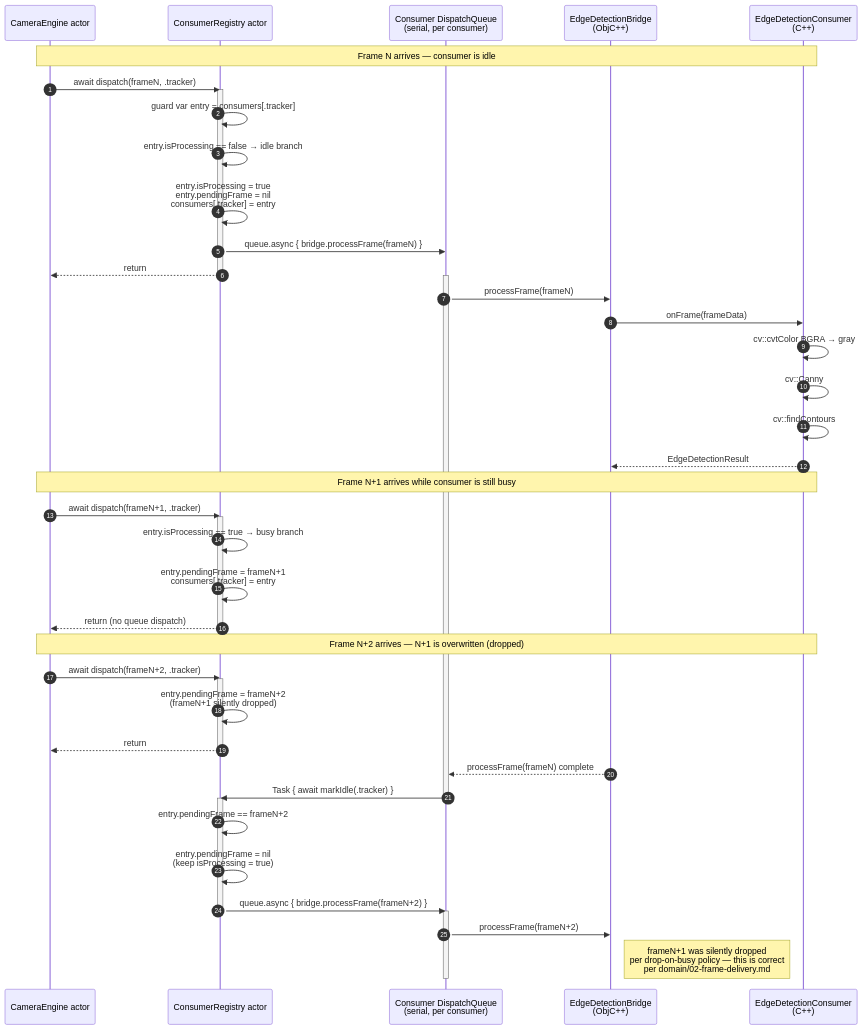
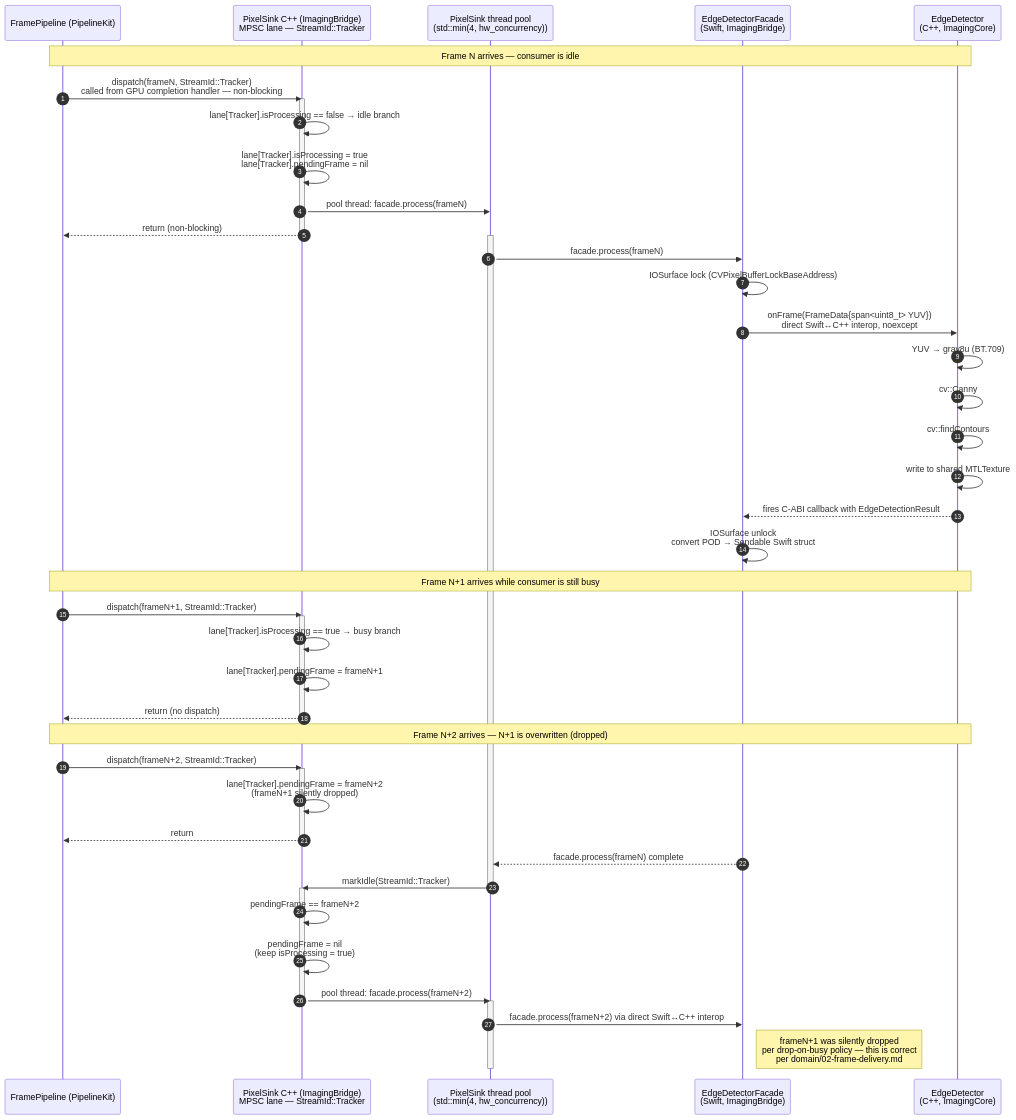
One commit to Shreeyak/camera2-ios-translation changed the seventh of 10 diagrams in design/09-architecture-diagrams.md. Above: the diagram before and after it, drawn with Mermaid. The commit also changed other lines of this file and 42 other files, not shown here.

````diff
--- a/design/09-architecture-diagrams.md
+++ b/design/09-architecture-diagrams.md
@@ -522,58 +520,60 @@
 ```mermaid
 sequenceDiagram
     autonumber
-    participant CE as CameraEngine actor
-    participant CR as ConsumerRegistry actor
-    participant CQ as Consumer DispatchQueue<br/>(serial, per consumer)
-    participant BR as EdgeDetectionBridge<br/>(ObjC++)
-    participant CPP as EdgeDetectionConsumer<br/>(C++)
+    participant CE as FramePipeline (PipelineKit)
+    participant CR as PixelSink C++ (ImagingBridge)<br/>MPSC lane — StreamId::Tracker
+    participant CQ as PixelSink thread pool<br/>(std::min(4, hw_concurrency))
+    participant BR as EdgeDetectorFacade<br/>(Swift, ImagingBridge)
+    participant CPP as EdgeDetector<br/>(C++, ImagingCore)
 
     Note over CE,CPP: Frame N arrives — consumer is idle
 
-    CE->>CR: await dispatch(frameN, .tracker)
+    CE->>CR: dispatch(frameN, StreamId::Tracker)<br/>called from GPU completion handler — non-blocking
     activate CR
-    CR->>CR: guard var entry = consumers[.tracker]
-    CR->>CR: entry.isProcessing == false → idle branch
-    CR->>CR: entry.isProcessing = true<br/>entry.pendingFrame = nil<br/>consumers[.tracker] = entry
-    CR->>CQ: queue.async { bridge.processFrame(frameN) }
+    CR->>CR: lane[Tracker].isProcessing == false → idle branch
+    CR->>CR: lane[Tracker].isProcessing = true<br/>lane[Tracker].pendingFrame = nil
+    CR->>CQ: pool thread: facade.process(frameN)
+    CR-->>CE: return (non-blocking)
+    deactivate CR
+
+    activate CQ
+    CQ->>BR: facade.process(frameN)
+    BR->>BR: IOSurface lock (CVPixelBufferLockBaseAddress)
+    BR->>CPP: onFrame(FrameData{span<uint8_t> YUV})<br/>direct Swift↔C++ interop, noexcept
+    CPP->>CPP: YUV → gray8u (BT.709)
+    CPP->>CPP: cv::Canny
+    CPP->>CPP: cv::findContours
+    CPP->>CPP: write to shared MTLTexture
+    CPP-->>BR: fires C-ABI callback with EdgeDetectionResult
+    BR->>BR: IOSurface unlock<br/>convert POD → Sendable Swift struct
+
+    Note over CE,CPP: Frame N+1 arrives while consumer is still busy
+    CE->>CR: dispatch(frameN+1, StreamId::Tracker)
+    activate CR
+    CR->>CR: lane[Tracker].isProcessing == true → busy branch
+    CR->>CR: lane[Tracker].pendingFrame = frameN+1
+    CR-->>CE: return (no dispatch)
+    deactivate CR
+
+    Note over CE,CPP: Frame N+2 arrives — N+1 is overwritten (dropped)
+    CE->>CR: dispatch(frameN+2, StreamId::Tracker)
+    activate CR
+    CR->>CR: lane[Tracker].pendingFrame = frameN+2<br/>(frameN+1 silently dropped)
     CR-->>CE: return
     deactivate CR
 
-    activate CQ
-    CQ->>BR: processFrame(frameN)
-    BR->>CPP: onFrame(frameData)
-    CPP->>CPP: cv::cvtColor BGRA → gray
-    CPP->>CPP: cv::Canny
-    CPP->>CPP: cv::findContours
-    CPP-->>BR: EdgeDetectionResult
-
-    Note over CE,CPP: Frame N+1 arrives while consumer is still busy
-    CE->>CR: await dispatch(frameN+1, .tracker)
-    activate CR
-    CR->>CR: entry.isProcessing == true → busy branch
-    CR->>CR: entry.pendingFrame = frameN+1<br/>consumers[.tracker] = entry
-    CR-->>CE: return (no queue dispatch)
-    deactivate CR
-
-    Note over CE,CPP: Frame N+2 arrives — N+1 is overwritten (dropped)
-    CE->>CR: await dispatch(frameN+2, .tracker)
-    activate CR
-    CR->>CR: entry.pendingFrame = frameN+2<br/>(frameN+1 silently dropped)
-    CR-->>CE: return
-    deactivate CR
-
-    BR-->>CQ: processFrame(frameN) complete
-    CQ->>CR: Task { await markIdle(.tracker) }
+    BR-->>CQ: facade.process(frameN) complete
+    CQ->>CR: markIdle(StreamId::Tracker)
     deactivate CQ
 
     activate CR
-    CR->>CR: entry.pendingFrame == frameN+2
-    CR->>CR: entry.pendingFrame = nil<br/>(keep isProcessing = true)
-    CR->>CQ: queue.async { bridge.processFrame(frameN+2) }
+    CR->>CR: pendingFrame == frameN+2
+    CR->>CR: pendingFrame = nil<br/>(keep isProcessing = true)
+    CR->>CQ: pool thread: facade.process(frameN+2)
     deactivate CR
 
     activate CQ
-    CQ->>BR: processFrame(frameN+2)
+    CQ->>BR: facade.process(frameN+2) via direct Swift↔C++ interop
     Note right of BR: frameN+1 was silently dropped<br/>per drop-on-busy policy — this is correct<br/>per domain/02-frame-delivery.md
     deactivate CQ
 ```
````
